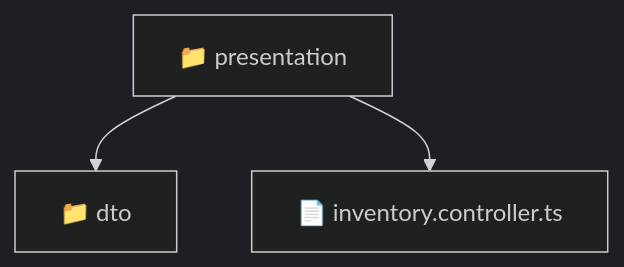
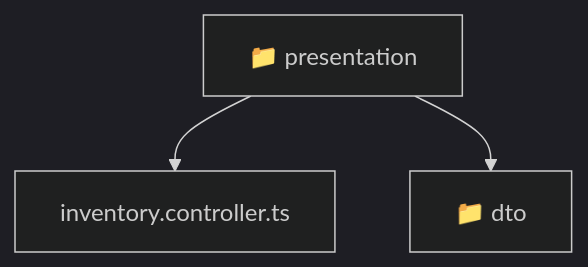
One commit to beginwebdev2002/fullstack-mavluda changed the diagram in backend/src/modules/inventory/presentation/README.md. Above: the diagram before and after it, drawn with Mermaid (dark theme). The commit also changed other lines of this file and 167 other files, not shown here.

````diff
--- a/backend/src/modules/inventory/presentation/README.md
+++ b/backend/src/modules/inventory/presentation/README.md
@@ -9,6 +9,8 @@
 ```mermaid
 graph TD
-  Root["📁 presentation"]
-  Root --> dto["📁 dto"]
-  Root --> inventory_controller_ts["📄 inventory.controller.ts"]
+  Root_presentation["📁 presentation"]
+  f_inventory_controller_ts["inventory.controller.ts"]
+  Root_presentation --> f_inventory_controller_ts
+  f_dto["📁 dto"]
+  Root_presentation --> f_dto
 ```
````
